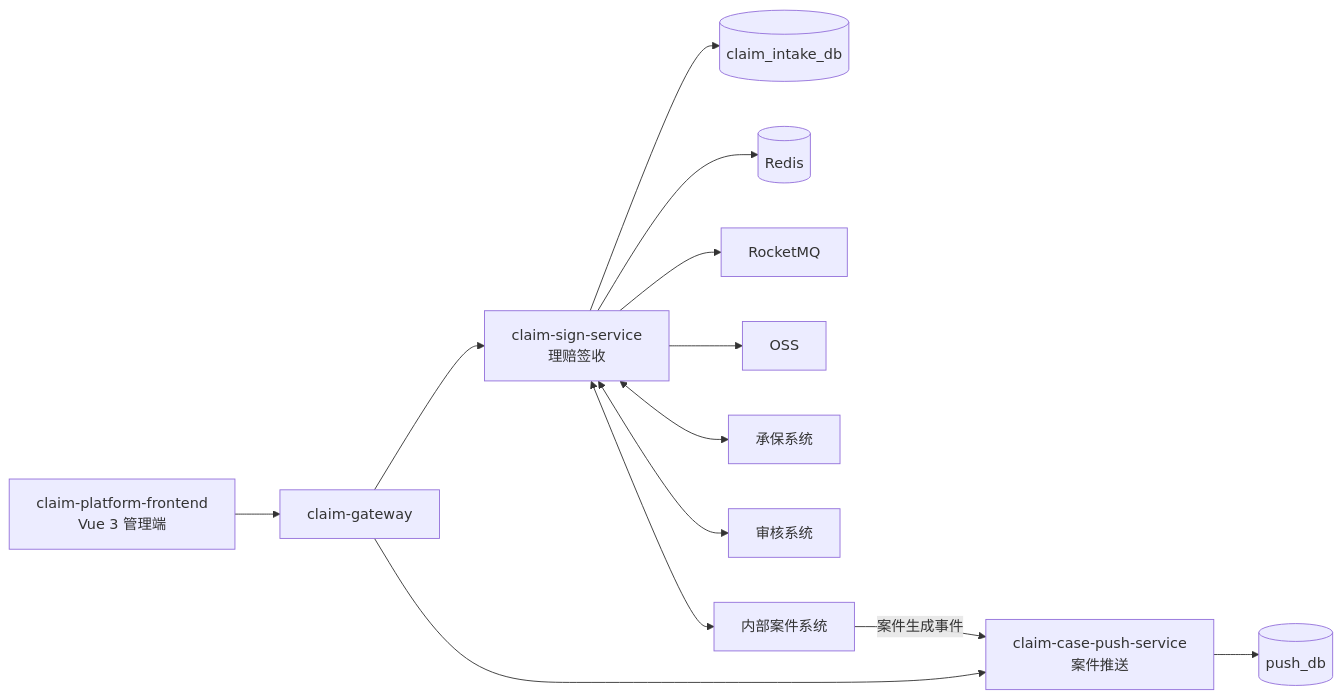
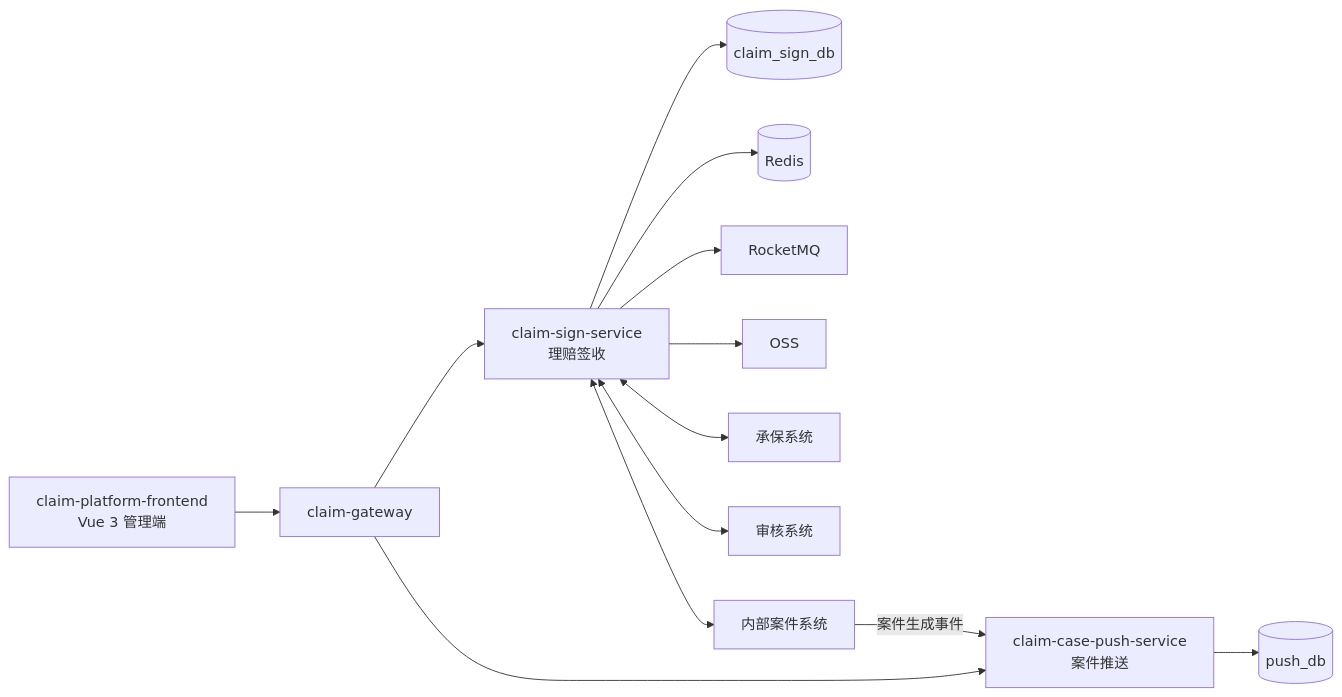
The first of 2 diagrams in docs/specs/baseline.md (wangguangwu/claim-platform), drawn with Mermaid before and after one commit. The commit also changed other lines of this file and 4 other files, not shown here.

First line of the commit message:
docs(architecture): 契约统一到 Sign 命名并补齐分层归属

````diff
--- a/docs/specs/baseline.md
+++ b/docs/specs/baseline.md
@@ -88,15 +88,15 @@
 ```mermaid
 flowchart LR
     FE[claim-platform-frontend\nVue 3 管理端] --> GW[claim-gateway]
     GW --> SIGN[claim-sign-service\n理赔签收]
     GW --> PUSH[claim-case-push-service\n案件推送]
-    SIGN --> SIGNDB[(claim_intake_db)]
+    SIGN --> SIGNDB[(claim_sign_db)]
     PUSH --> PUSHDB[(push_db)]
     SIGN --> REDIS[(Redis)]
     SIGN --> MQ[RocketMQ]
     SIGN --> OSS[OSS]
     SIGN <--> POLICY[承保系统]
     SIGN <--> AUDIT[审核系统]
     SIGN <--> CASE[内部案件系统]
     CASE -->|案件生成事件| PUSH
 ```
````
